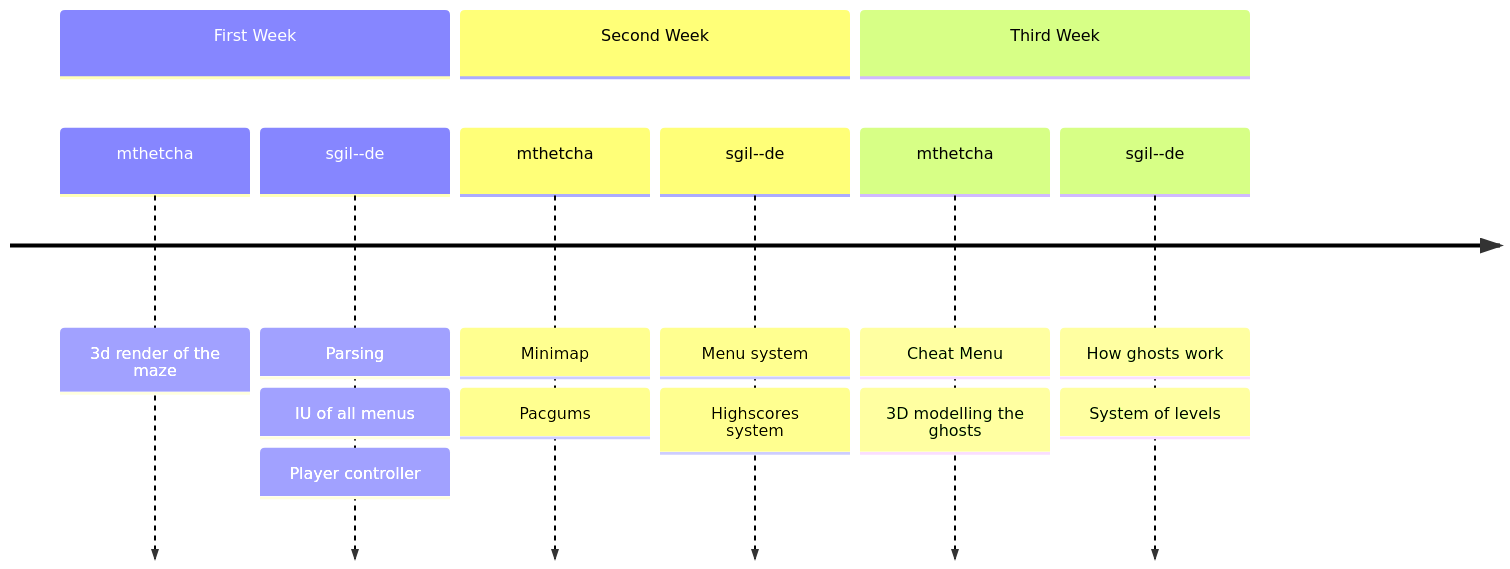
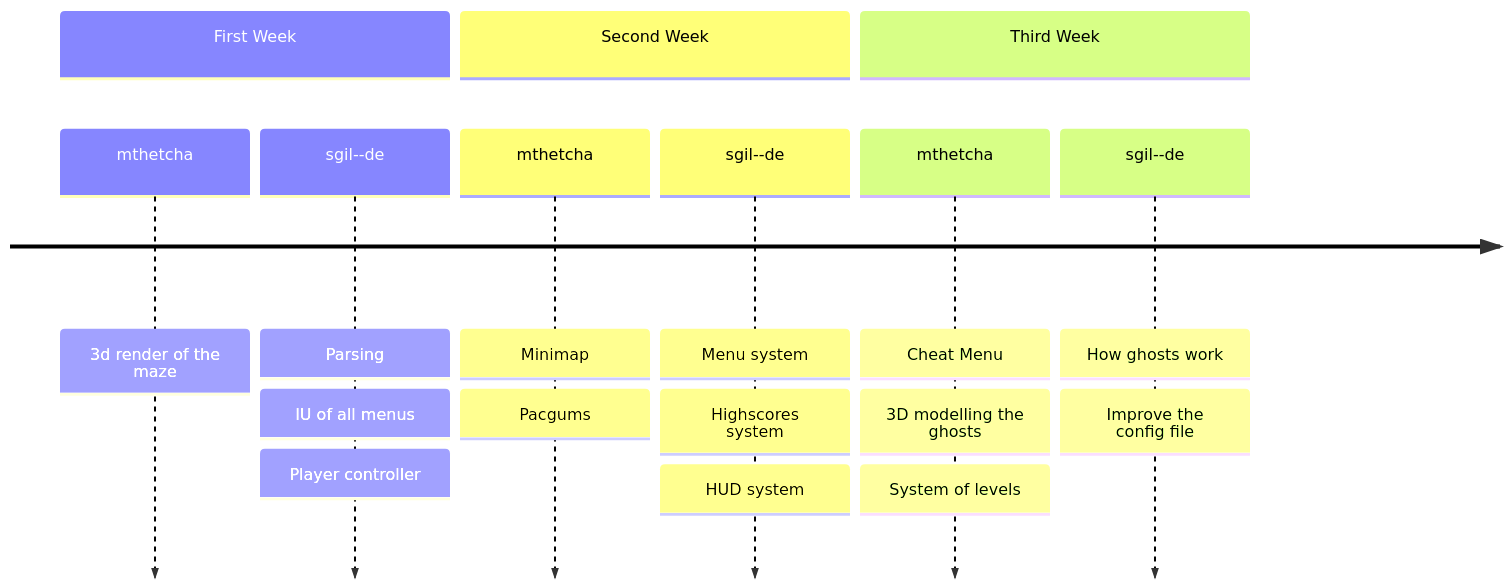
Before and after one commit to Arcanovax/Pac-Man: the second of 2 diagrams in README.md, drawn with Mermaid. The commit also changed other lines of this file, not shown here.

````diff
--- a/README.md
+++ b/README.md
@@ -120,18 +120,21 @@
 ```mermaid
 timeline
         section First Week
           mthetcha : 3d render of the maze
           sgil--de : Parsing
-                   : IU of all menus 
+                   : IU of all menus
                    : Player controller
         section Second Week
           mthetcha : Minimap
                    : Pacgums
           sgil--de : Menu system
                    : Highscores system
+				   : HUD system
         section Third Week
           mthetcha : Cheat Menu
                    : 3D modelling the ghosts
+				   : System of levels
           sgil--de : How ghosts work
-                   : System of levels
+		  		   : Improve the config file
+
 ```
````
